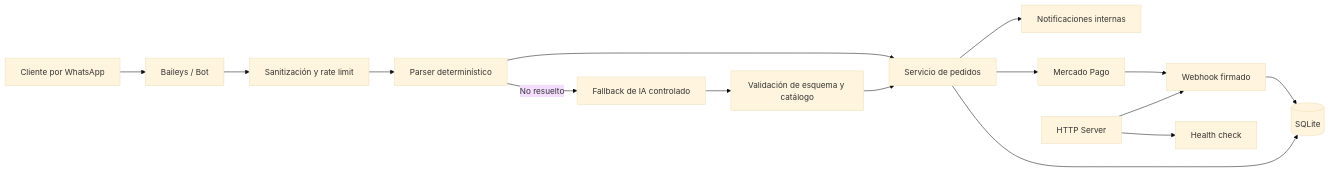
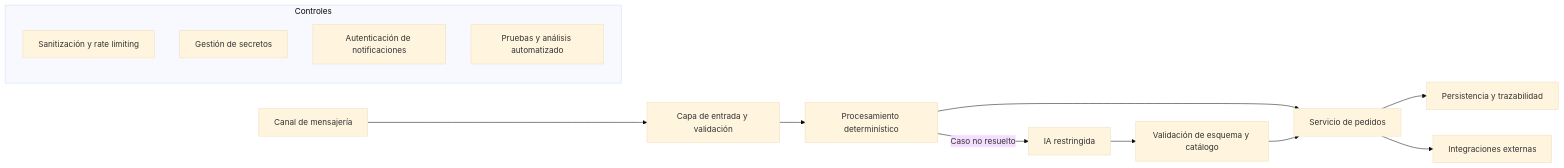
Before and after one commit to Dante2617012022/chatbot-hamburgueseria-v3: the diagram in README.md, drawn with Mermaid (base theme). The commit also changed other lines of this file and 2 other files, not shown here.

````diff
--- a/README.md
+++ b/README.md
@@ -23,17 +24,18 @@
 ```mermaid
 flowchart LR
-    C[Cliente por WhatsApp] --> B[Baileys / Bot]
-    B --> S[Sanitización y rate limit]
-    S --> P[Parser determinístico]
-    P -->|No resuelto| AI[Fallback de IA controlado]
+    U[Canal de mensajería] --> E[Capa de entrada y validación]
+    E --> D[Procesamiento determinístico]
+    D -->|Caso no resuelto| AI[IA restringida]
+    D --> O[Servicio de pedidos]
     AI --> V[Validación de esquema y catálogo]
-    P --> O[Servicio de pedidos]
     V --> O
-    O --> DB[(SQLite)]
-    O --> MP[Mercado Pago]
-    MP --> WH[Webhook firmado]
-    WH --> DB
-    O --> N[Notificaciones internas]
-    H[HTTP Server] --> HC[Health check]
-    H --> WH
+    O --> P[Persistencia y trazabilidad]
+    O --> X[Integraciones externas]
+
+    subgraph Controles
+      C1[Sanitización y rate limiting]
+      C2[Gestión de secretos]
+      C3[Autenticación de notificaciones]
+      C4[Pruebas y análisis automatizado]
+    end
 ```
````
